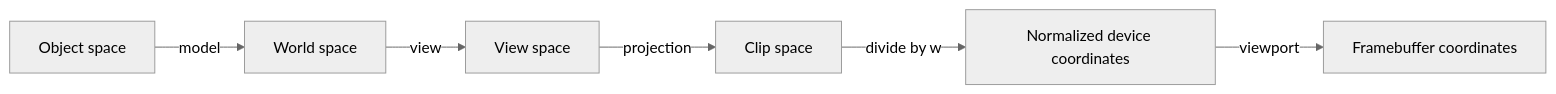
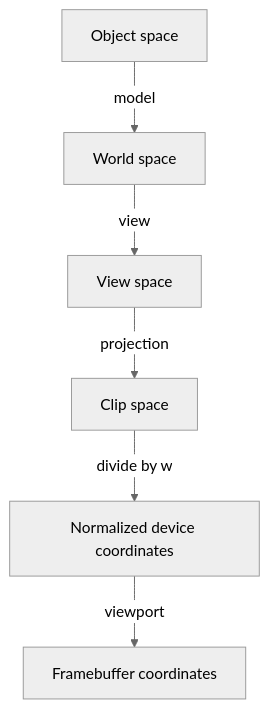
The diagram in docs/gpu-graphics/09-matrices.md (datoviz/datoviz), drawn with Mermaid (neutral theme) before and after one commit. The commit also changed 4 other files, not shown here.

Commit message:
Render Vulkan course diagrams with Mermaid

````diff
--- a/docs/gpu-graphics/09-matrices.md
+++ b/docs/gpu-graphics/09-matrices.md
@@ -74,8 +74,8 @@
 ```mermaid
-flowchart LR
+flowchart TD
     A[Object space] -->|model| B[World space]
     B -->|view| C[View space]
     C -->|projection| D[Clip space]
     D -->|divide by w| E[Normalized device coordinates]
     E -->|viewport| F[Framebuffer coordinates]
 ```
````
